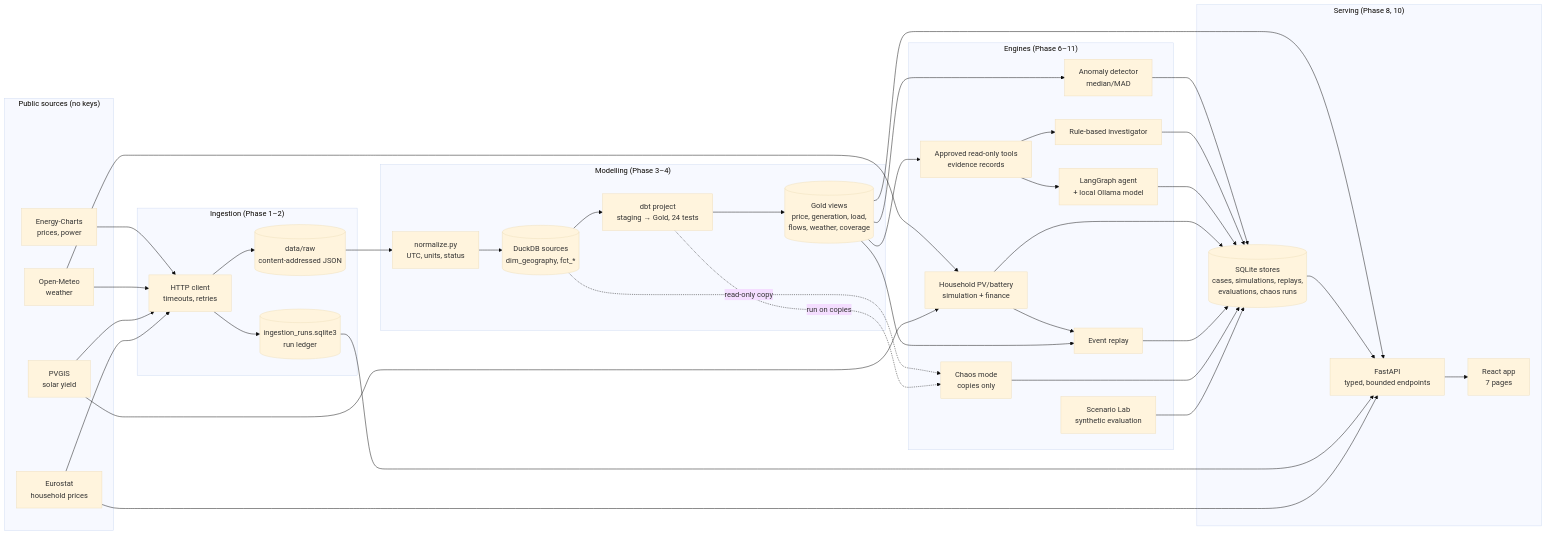
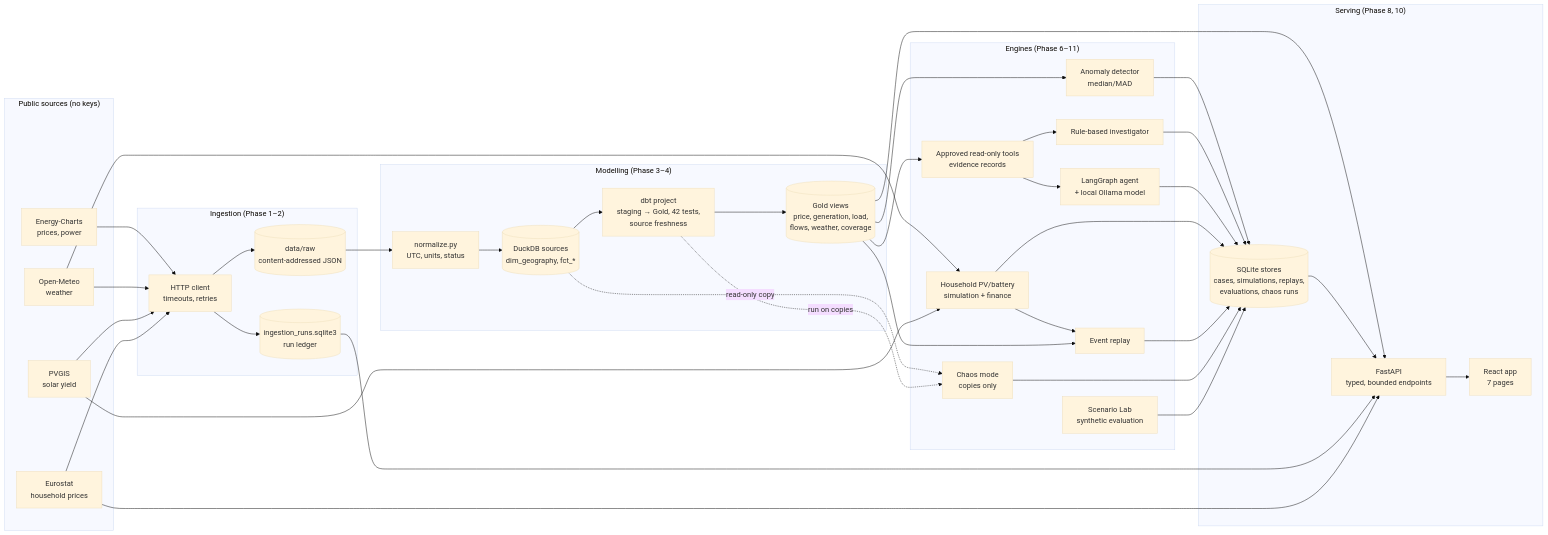
The diagram in docs/architecture.md (mohamed-mnasri/eurogrid-intelligence), drawn with Mermaid (base theme) before and after one commit. The commit also changed 14 other files, not shown here.

First line of the commit message:
Add dbt gap, status, relationship and freshness checks

````diff
--- a/docs/architecture.md
+++ b/docs/architecture.md
@@ -5,56 +5,56 @@
 ```mermaid
 flowchart LR
   subgraph Sources["Public sources (no keys)"]
     EC[Energy-Charts<br/>prices, power]
     OM[Open-Meteo<br/>weather]
     PV[PVGIS<br/>solar yield]
     ES[Eurostat<br/>household prices]
   end
 
   subgraph Ingest["Ingestion (Phase 1–2)"]
     HTTP[HTTP client<br/>timeouts, retries]
     RAW[(data/raw<br/>content-addressed JSON)]
     LEDGER[(ingestion_runs.sqlite3<br/>run ledger)]
   end
 
   subgraph Model["Modelling (Phase 3–4)"]
     NORM[normalize.py<br/>UTC, units, status]
     FCT[(DuckDB sources<br/>dim_geography, fct_*)]
-    DBT[dbt project<br/>staging → Gold, 24 tests]
+    DBT[dbt project<br/>staging → Gold, 42 tests,<br/>source freshness]
     GOLD[(Gold views<br/>price, generation, load,<br/>flows, weather, coverage)]
   end
 
   subgraph Engines["Engines (Phase 6–11)"]
     DET[Anomaly detector<br/>median/MAD]
     TOOLS[Approved read-only tools<br/>evidence records]
     RULE[Rule-based investigator]
     AGENT[LangGraph agent<br/>+ local Ollama model]
     SIM[Household PV/battery<br/>simulation + finance]
     REPLAY[Event replay]
     CHAOS[Chaos mode<br/>copies only]
     EVAL[Scenario Lab<br/>synthetic evaluation]
   end
 
   subgraph Serve["Serving (Phase 8, 10)"]
     API[FastAPI<br/>typed, bounded endpoints]
     UI[React app<br/>7 pages]
     STORES[(SQLite stores<br/>cases, simulations, replays,<br/>evaluations, chaos runs)]
   end
 
   EC & OM & PV & ES --> HTTP --> RAW
   HTTP --> LEDGER
   RAW --> NORM --> FCT --> DBT --> GOLD
   GOLD --> DET & TOOLS
   TOOLS --> RULE & AGENT
   OM & PV --> SIM
   SIM --> REPLAY
   GOLD --> REPLAY
   FCT -. read-only copy .-> CHAOS
   DBT -. run on copies .-> CHAOS
   DET & RULE & AGENT & SIM & REPLAY & CHAOS & EVAL --> STORES
   GOLD --> API
   STORES --> API
   LEDGER --> API
   API --> UI
   ES --> API
 ```
````
